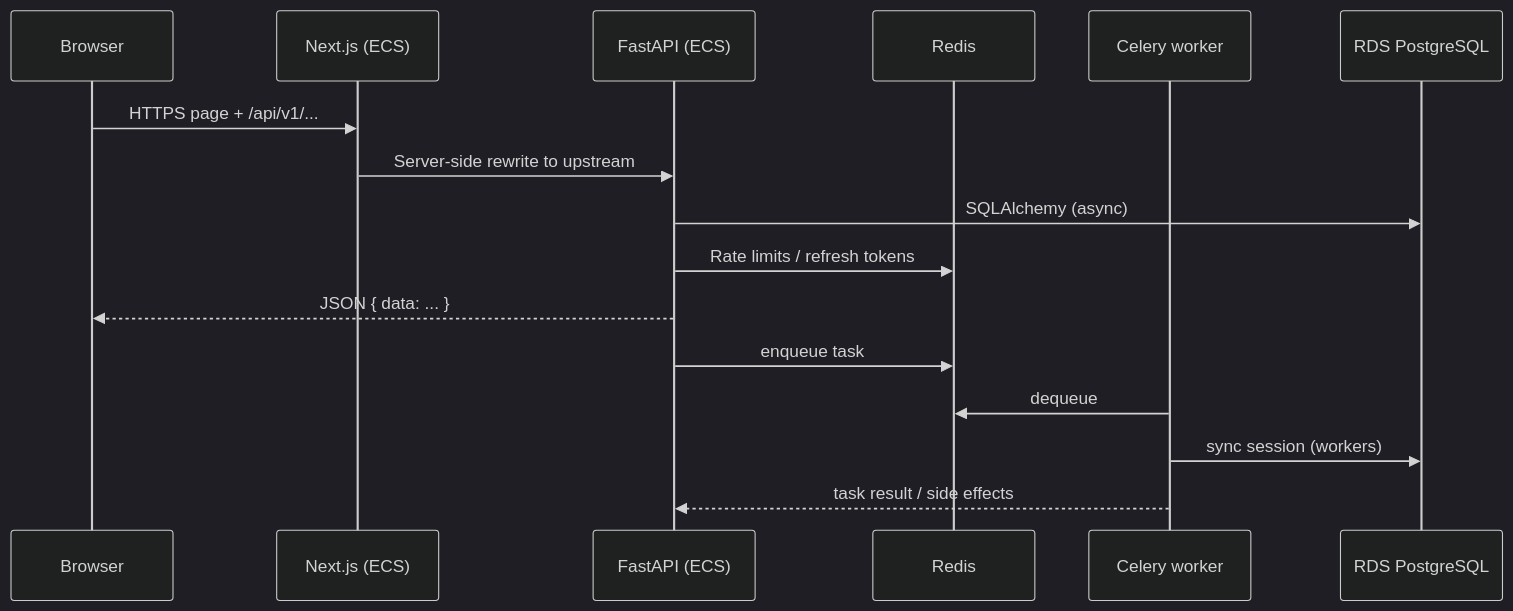
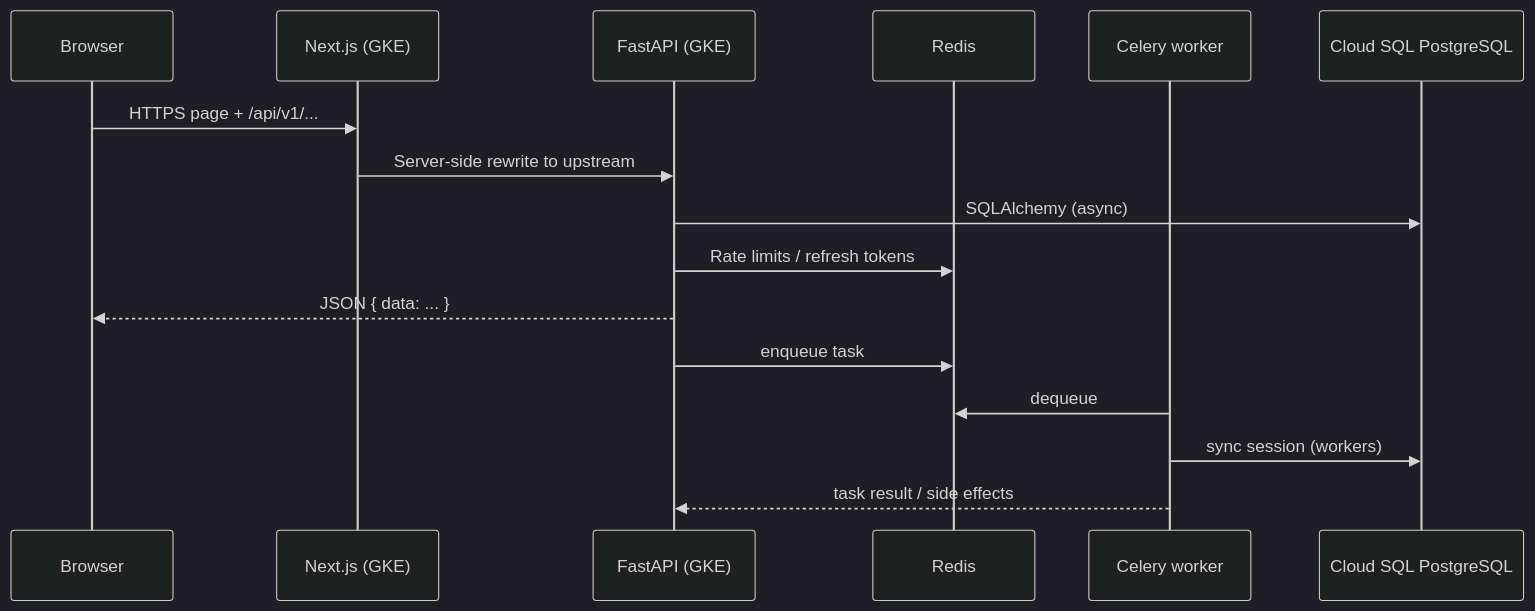
One commit to anulsasidharan/AI-Video-Intelligence-Content-Moderation-Platform changed the third of 3 diagrams in README.md. Above: the diagram before and after it, drawn with Mermaid (dark theme). The commit also changed other lines of this file, not shown here.

````diff
--- a/README.md
+++ b/README.md
@@ -127,19 +127,19 @@
 ```mermaid
 sequenceDiagram
   participant B as Browser
-  participant N as Next.js (ECS)
-  participant A as FastAPI (ECS)
+  participant N as Next.js (GKE)
+  participant A as FastAPI (GKE)
   participant R as Redis
   participant W as Celery worker
-  participant D as RDS PostgreSQL
+  participant D as Cloud SQL PostgreSQL
 
   B->>N: HTTPS page + /api/v1/...
   N->>A: Server-side rewrite to upstream
   A->>D: SQLAlchemy (async)
   A->>R: Rate limits / refresh tokens
   A-->>B: JSON { data: ... }
   A->>R: enqueue task
   W->>R: dequeue
   W->>D: sync session (workers)
   W-->>A: task result / side effects
 ```
````
